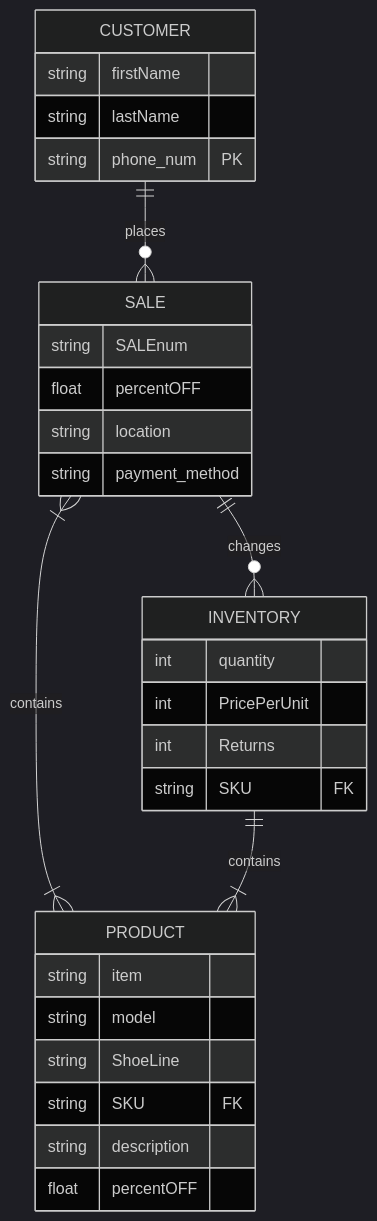
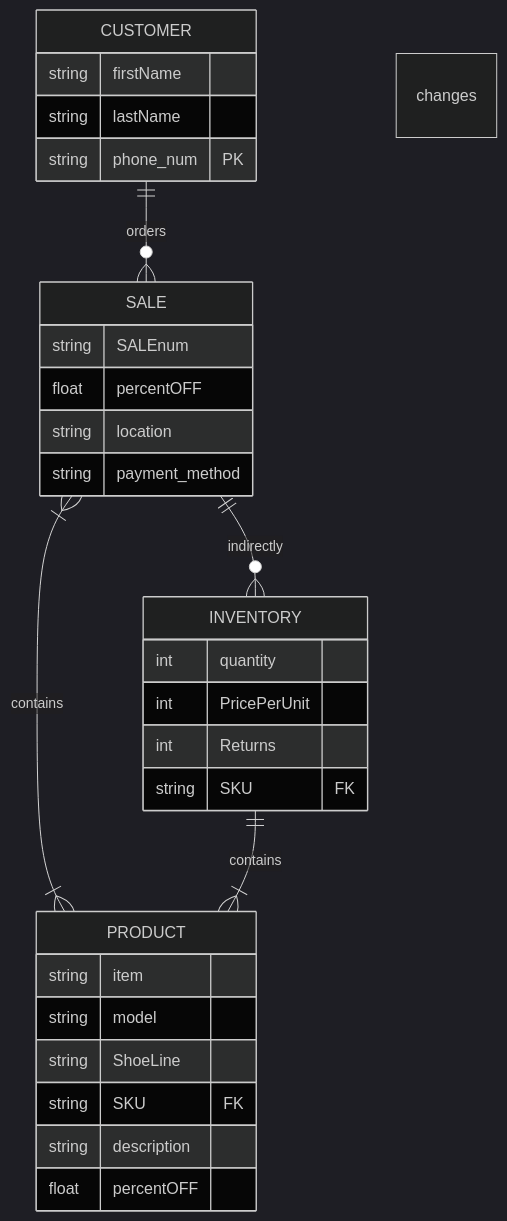
Before and after one commit to Neel-Devineni1/Neel-Devineni1.github.io: the diagram in NikeStore_ERD.md, drawn with Mermaid (dark theme). The commit also changed other lines of this file, not shown here.

````diff
--- a/NikeStore_ERD.md
+++ b/NikeStore_ERD.md
@@ -1,33 +1,33 @@
 ```mermaid
 erDiagram
 
    PRODUCT{
     string item
     string model
     string ShoeLine
     string SKU FK
     string description
     float percentOFF
    }
-CUSTOMER ||--o{ SALE : places
+CUSTOMER ||--o{ SALE : orders
    CUSTOMER{
     string firstName
     string lastName
     string phone_num PK
    }
 SALE }|--|{ PRODUCT : contains
-SALE ||--o{INVENTORY : changes
+SALE ||--o{INVENTORY : indirectly changes
    SALE{
     string SALEnum
     float percentOFF
     string location
     string payment_method
    }
 INVENTORY ||--|{ PRODUCT : contains
    INVENTORY{
     int quantity
     int PricePerUnit
     int Returns
     string SKU FK
    }
 ```
````
